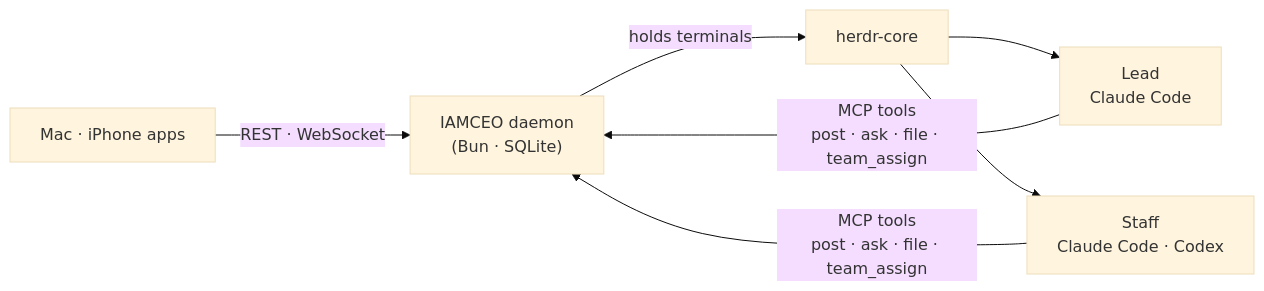
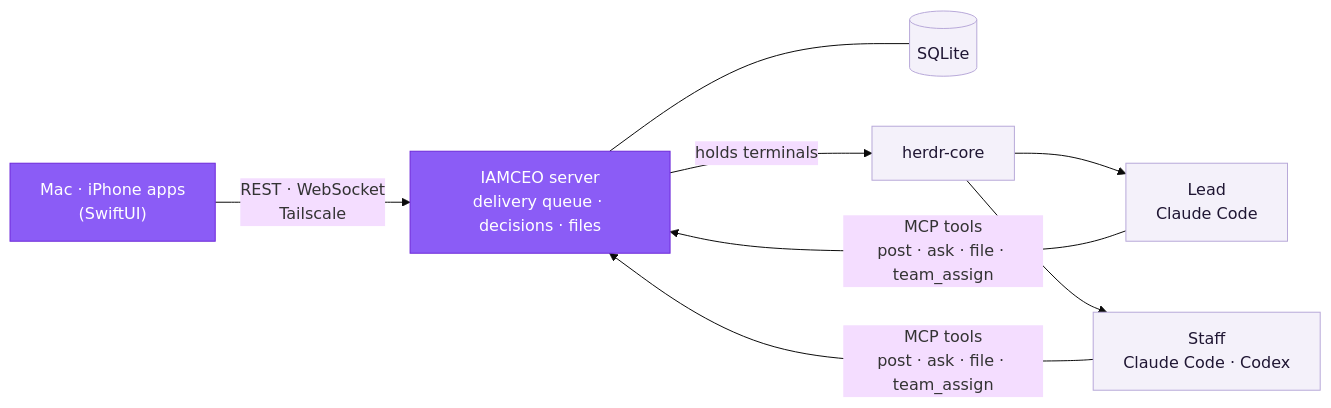
The diagram in README.md (yehsung/IAMCEO), drawn with Mermaid (base theme) before and after one commit. The commit also changed other lines of this file and 99 other files, not shown here.

````diff
--- a/README.md
+++ b/README.md
@@ -67,7 +70,12 @@
 ```mermaid
 flowchart LR
-    APP["Mac · iPhone apps"] -- "REST · WebSocket" --> D["IAMCEO daemon<br/>(Bun · SQLite)"]
+    APP["Mac · iPhone apps<br/>(SwiftUI)"] -- "REST · WebSocket<br/>Tailscale" --> D["IAMCEO server<br/>delivery queue · decisions · files"]
+    D --- DB[("SQLite")]
     D -- "holds terminals" --> CORE["herdr-core"]
     CORE --> L["Lead<br/>Claude Code"] & W["Staff<br/>Claude Code · Codex"]
     L & W -- "MCP tools<br/>post · ask · file · team_assign" --> D
+    classDef own fill:#8b5cf6,stroke:#6d28d9,color:#ffffff
+    classDef reuse fill:#f4f1fa,stroke:#b8a9d9,color:#1f1633
+    class APP,D own
+    class DB,CORE,L,W reuse
 ```
````
